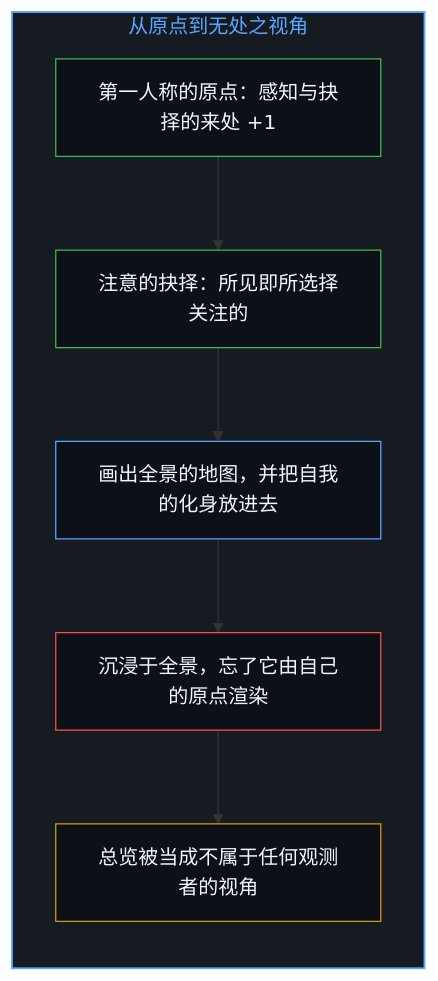
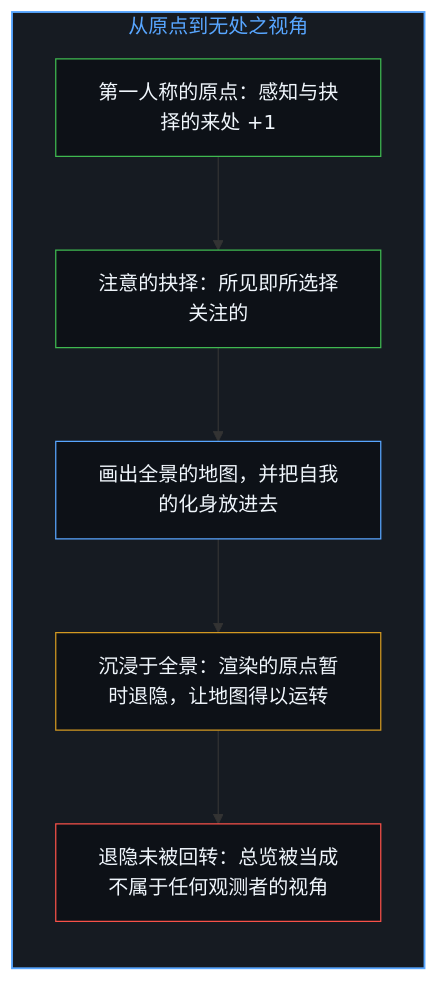
The first of 12 diagrams in content/posts/the-origin-of-god-and-the-flattening-of-we.md (powerpig99/not-a-toe), drawn with Mermaid before and after one commit. The commit also changed other lines of this file and 1 other file, not shown here.

````diff
--- a/content/posts/the-origin-of-god-and-the-flattening-of-we.md
+++ b/content/posts/the-origin-of-god-and-the-flattening-of-we.md
@@ -17,21 +17,21 @@
 ```mermaid
 flowchart TD
     subgraph S_Overview["从原点到无处之视角"]
         direction TB
         Origin["第一人称的原点：感知与抉择的来处 +1"]
         Attend["注意的抉择：所见即所选择关注的"]
         Map["画出全景的地图，并把自我的化身放进去"]
-        Forget["沉浸于全景，忘了它由自己的原点渲染"]
-        Nowhere["总览被当成不属于任何观测者的视角"]
+        Recede["沉浸于全景：渲染的原点暂时退隐，让地图得以运转"]
+        Nowhere["退隐未被回转：总览被当成不属于任何观测者的视角"]
         Origin --> Attend
         Attend --> Map
-        Map --> Forget
-        Forget --> Nowhere
+        Map --> Recede
+        Recede --> Nowhere
     end
     style S_Overview fill:#161b22,stroke:#58a6ff,stroke-width:1.5px,color:#58a6ff
     style Origin fill:#0d1117,stroke:#3fb950,stroke-width:1px,color:#f0f6fc
     style Attend fill:#0d1117,stroke:#3fb950,stroke-width:1px,color:#f0f6fc
     style Map fill:#0d1117,stroke:#58a6ff,stroke-width:1px,color:#f0f6fc
-    style Forget fill:#0d1117,stroke:#f85149,stroke-width:1px,color:#f0f6fc
-    style Nowhere fill:#0d1117,stroke:#d29922,stroke-width:1px,color:#f0f6fc
+    style Recede fill:#0d1117,stroke:#d29922,stroke-width:1px,color:#f0f6fc
+    style Nowhere fill:#0d1117,stroke:#f85149,stroke-width:1px,color:#f0f6fc
 ```
````
